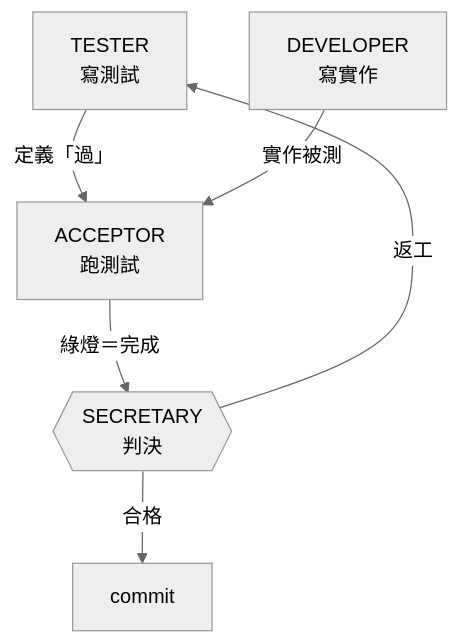
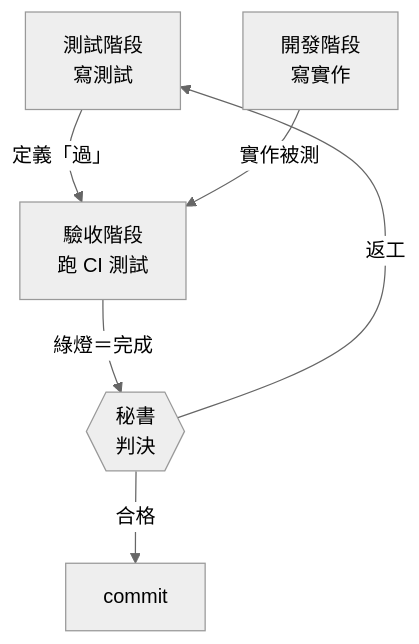
Before and after one commit to teps3105/shiftblame: the seventh of 8 diagrams in skills/shiftblame/SKILL.md, drawn with Mermaid (neutral theme). The commit also changed other lines of this file and 29 other files, not shown here.

````diff
--- a/skills/shiftblame/SKILL.md
+++ b/skills/shiftblame/SKILL.md
@@ -280,8 +275,8 @@
 ```mermaid
 flowchart TB
-    TST["TESTER<br/>寫測試"] -->|定義「過」| ACC["ACCEPTOR<br/>跑測試"]
-    DEV["DEVELOPER<br/>寫實作"] -->|實作被測| ACC
-    ACC -->|綠燈＝完成| Judge{{"SECRETARY<br/>判決"}}
+    TST["測試階段<br/>寫測試"] -->|定義「過」| ACC["驗收階段<br/>跑 CI 測試"]
+    DEV["開發階段<br/>寫實作"] -->|實作被測| ACC
+    ACC -->|綠燈＝完成| Judge{{"秘書<br/>判決"}}
     Judge -->|合格| Commit["commit"]
     Judge -->|返工| TST
 ```
````
